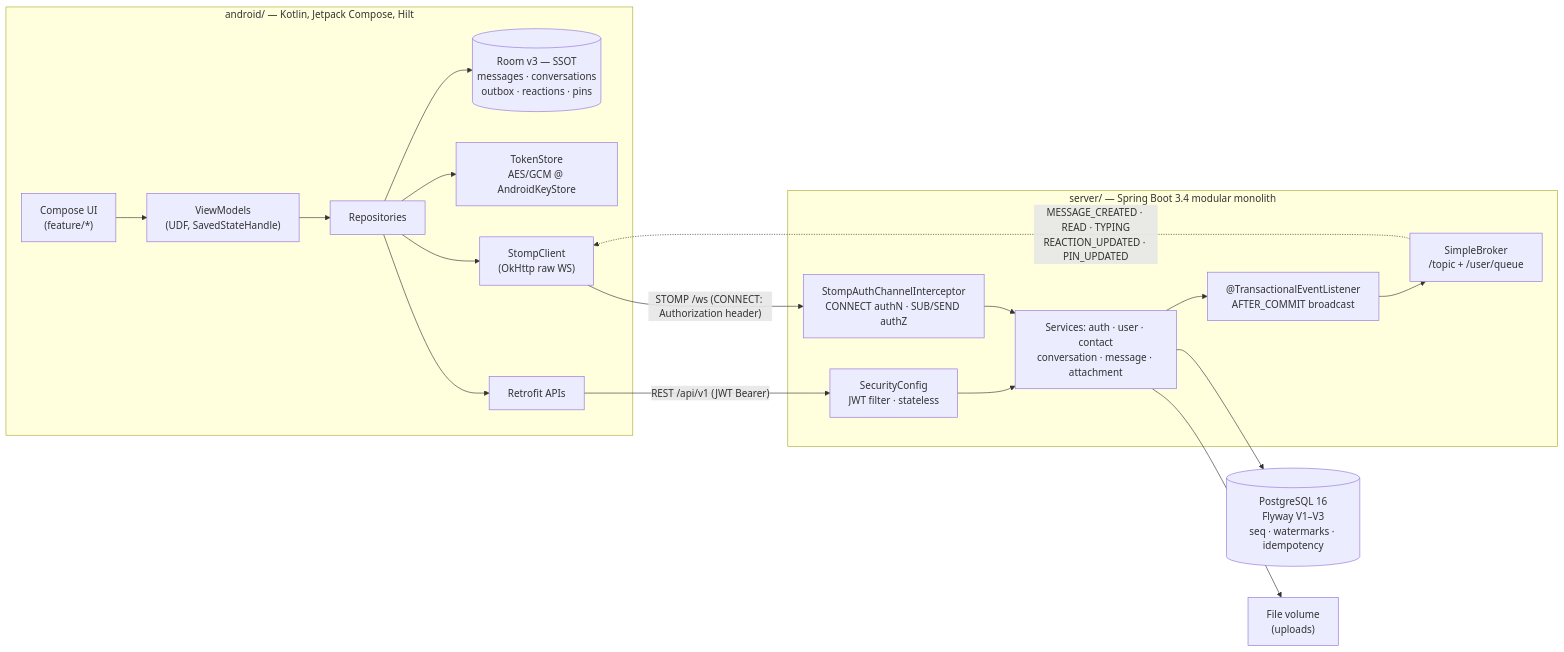
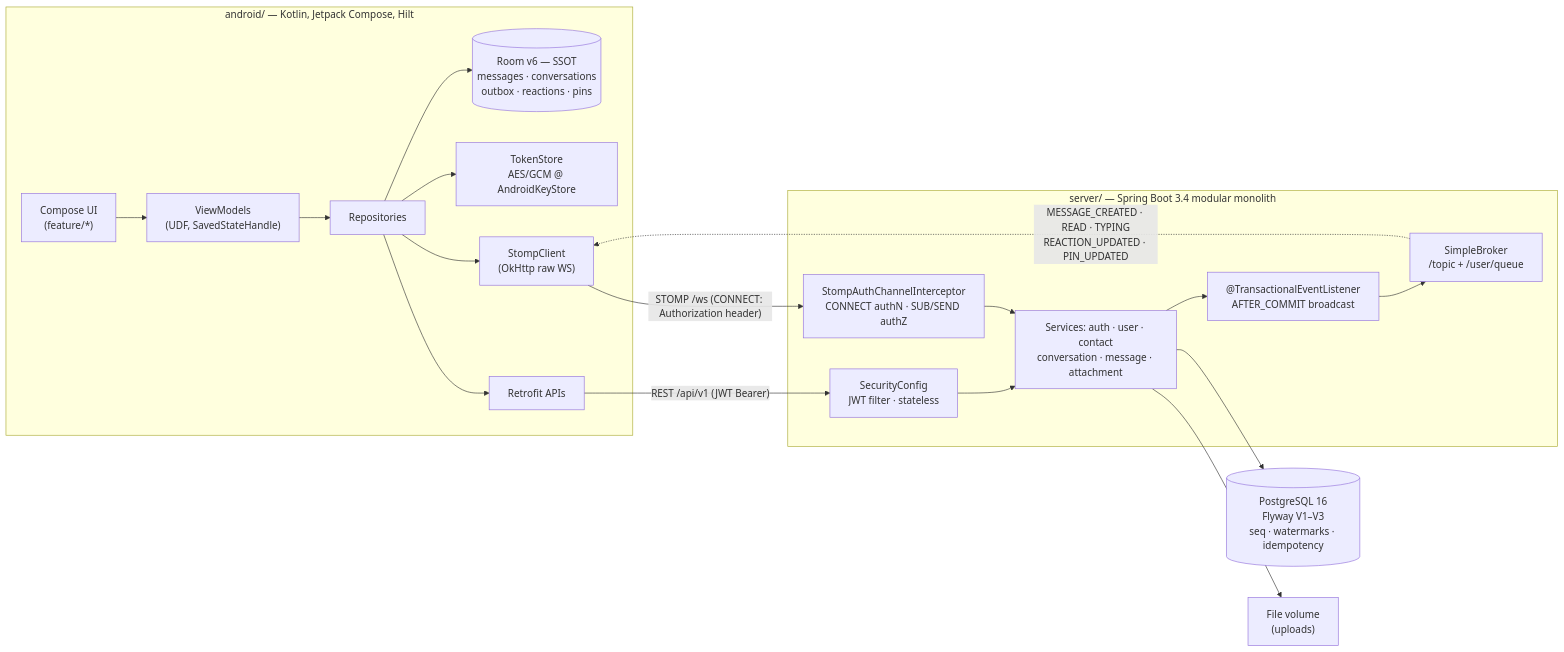
Before and after one commit to JasonTM17/Nexachat_AppJ: the diagram in README.md, drawn with Mermaid. The commit also changed other lines of this file and 2 other files, not shown here.

First line of the commit message:
Sync defense docs with shipped state (Room v6, 287+165 tests)

````diff
--- a/README.md
+++ b/README.md
@@ -33,29 +33,29 @@
 ```mermaid
 flowchart LR
     subgraph Android["android/ — Kotlin, Jetpack Compose, Hilt"]
         UI["Compose UI<br/>(feature/*)"] --> VM["ViewModels<br/>(UDF, SavedStateHandle)"]
         VM --> REPO["Repositories"]
-        REPO --> ROOM[("Room v3 — SSOT<br/>messages · conversations<br/>outbox · reactions · pins")]
+        REPO --> ROOM[("Room v6 — SSOT<br/>messages · conversations<br/>outbox · reactions · pins")]
         REPO --> TS["TokenStore<br/>AES/GCM @ AndroidKeyStore"]
         REPO --> ST["StompClient<br/>(OkHttp raw WS)"]
         REPO --> RT["Retrofit APIs"]
     end
 
     subgraph Server["server/ — Spring Boot 3.4 modular monolith"]
         SEC["SecurityConfig<br/>JWT filter · stateless"]
         INT["StompAuthChannelInterceptor<br/>CONNECT authN · SUB/SEND authZ"]
         SVC["Services: auth · user · contact<br/>conversation · message · attachment"]
         EVT["@TransactionalEventListener<br/>AFTER_COMMIT broadcast"]
         BR["SimpleBroker<br/>/topic + /user/queue"]
     end
 
     DB[("PostgreSQL 16<br/>Flyway V1–V3<br/>seq · watermarks · idempotency")]
     FS["File volume<br/>(uploads)"]
 
     RT -- "REST /api/v1 (JWT Bearer)" --> SEC --> SVC
     ST -- "STOMP /ws (CONNECT: Authorization header)" --> INT --> SVC
     SVC --> DB
     SVC --> FS
     SVC --> EVT --> BR
     BR -. "MESSAGE_CREATED · READ · TYPING<br/>REACTION_UPDATED · PIN_UPDATED" .-> ST
 ```
````
